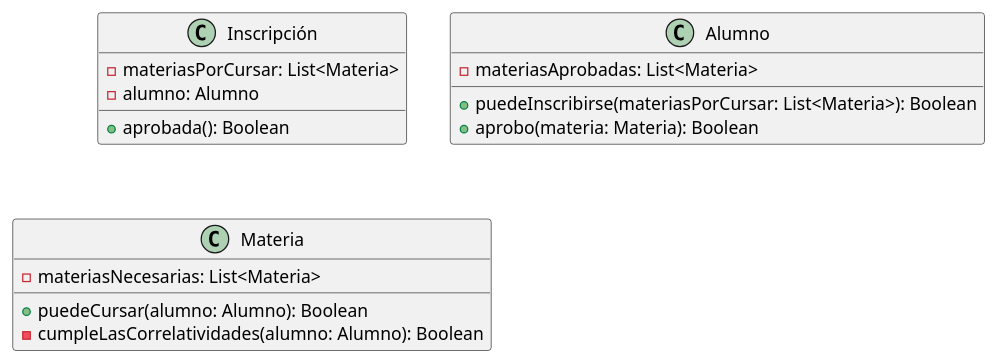
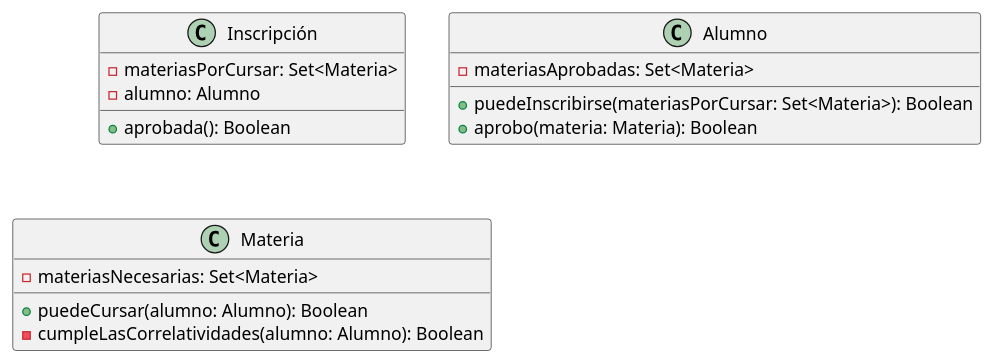
One commit to valenosa/PracticasDDS changed the diagram in diagramaDeClases.puml. Above: the diagram before and after it, drawn with PlantUML. The commit also changed 3 other files, not shown here.

Commit message:
Cambio de List a Set

```diff
--- a/diagramaDeClases.puml
+++ b/diagramaDeClases.puml
@@ -1,23 +1,23 @@
 @startuml
 
 class Inscripción{
 + aprobada(): Boolean /'Representa la aprobación de la inscripción en sí. La inscripción está aprobada si el Alumno puedeInscribirse'/
-- materiasPorCursar: List<Materia>
+- materiasPorCursar: Set<Materia>
 - alumno: Alumno
 }
 
 class Alumno{
-+ puedeInscribirse(materiasPorCursar: List<Materia>): Boolean /'El Alumno puedeInscribirse si puedeCursar cada Materia'/
-- materiasAprobadas: List<Materia>
++ puedeInscribirse(materiasPorCursar: Set<Materia>): Boolean /'El Alumno puedeInscribirse si puedeCursar cada Materia'/
+- materiasAprobadas: Set<Materia>
 '- nombre: String
 + aprobo(materia: Materia): Boolean /'El Alumno aprobó la materia si forma parte de sus materiasAprobadas'/
 }
 
 class Materia{
-- materiasNecesarias: List<Materia>
+- materiasNecesarias: Set<Materia>
 + puedeCursar(alumno: Alumno): Boolean /'El Alumno puedeCursar la Materia si cumpleLasCorrelatividades()'/
 - cumpleLasCorrelatividades(alumno: Alumno): Boolean /'El Alumno cumple cumpleLasCorrelatividades si aprobo las materiasNecesarias'/
 '- nombre: String
 }
 
 @enduml
```
